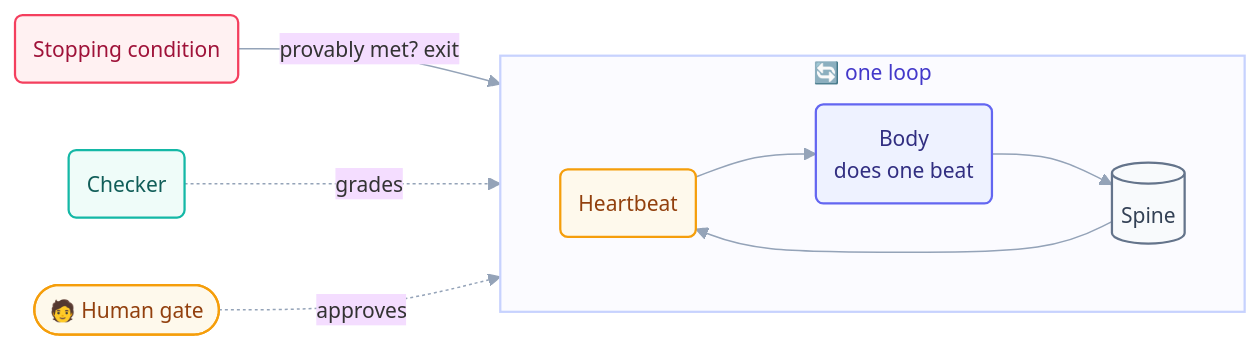
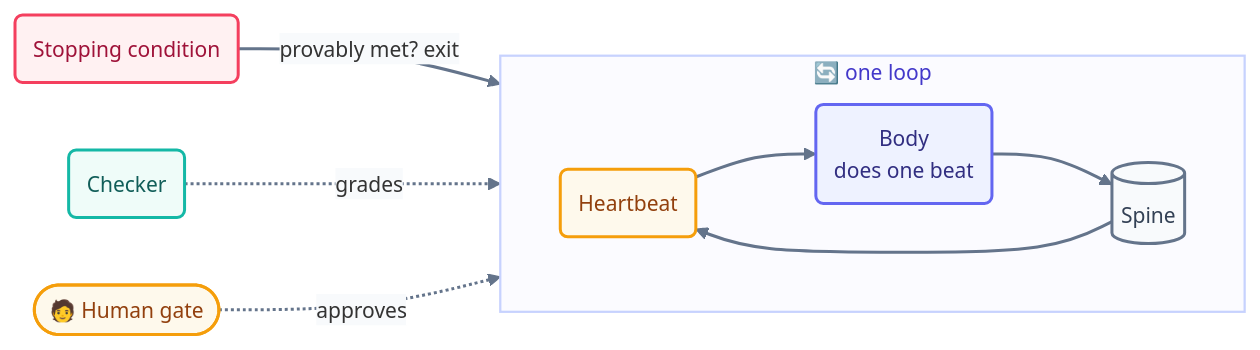
One commit to ayeshakhalid192007-dev/LoopEngineering-CrashCourse changed the diagram in docs/03-part-1-the-shift/03-anatomy-of-a-loop.md. Above: the diagram before and after it, drawn with Mermaid. The commit also changed 66 other files, not shown here.

First line of the commit message:
docs(diagrams): bolden and unify all 70 mermaid diagrams

````diff
--- a/docs/03-part-1-the-shift/03-anatomy-of-a-loop.md
+++ b/docs/03-part-1-the-shift/03-anatomy-of-a-loop.md
@@ -35,19 +35,20 @@
 ```mermaid
-%%{init: {'theme':'base','themeVariables':{'fontFamily':'ui-sans-serif, system-ui, sans-serif','fontSize':'14px','lineColor':'#94a3b8'},'flowchart':{'curve':'basis','nodeSpacing':45,'rankSpacing':55,'padding':12}}}%%
+%%{init: {'theme':'base','themeVariables':{'fontFamily':'ui-sans-serif, system-ui, sans-serif','fontSize':'14px','lineColor':'#64748b','edgeLabelBackground':'#f8fafc'},'flowchart':{'curve':'basis','nodeSpacing':45,'rankSpacing':55,'padding':12}}}%%
 flowchart LR
     subgraph LOOP ["🔄 one loop"]
       direction LR
       HB("Heartbeat"):::time --> B("Body<br/>does one beat"):::beat
       B --> SP[("Spine")]:::file --> HB
     end
     STOPC("Stopping condition"):::limit -->|"provably met? exit"| HB
     CK("Checker"):::check -.->|grades| B
     H(["🧑 Human gate"]):::human -.->|approves| LOOP
-    classDef time fill:#fef9ec,stroke:#f59e0b,stroke-width:1.5px,color:#92400e;
-    classDef beat fill:#eef2ff,stroke:#6366f1,stroke-width:1.5px,color:#312e81;
-    classDef file fill:#f8fafc,stroke:#64748b,stroke-width:1.5px,color:#334155;
-    classDef limit fill:#fff1f2,stroke:#f43f5e,stroke-width:1.5px,color:#9f1239;
-    classDef check fill:#effcf9,stroke:#14b8a6,stroke-width:1.5px,color:#115e59;
-    classDef human fill:#fef9ec,stroke:#f59e0b,stroke-width:1.5px,color:#92400e;
+    linkStyle default stroke:#64748b,stroke-width:2px;
+    classDef time fill:#fef9ec,stroke:#f59e0b,stroke-width:2px,color:#92400e;
+    classDef beat fill:#eef2ff,stroke:#6366f1,stroke-width:2px,color:#312e81;
+    classDef file fill:#f8fafc,stroke:#64748b,stroke-width:2px,color:#334155;
+    classDef limit fill:#fff1f2,stroke:#f43f5e,stroke-width:2px,color:#9f1239;
+    classDef check fill:#effcf9,stroke:#14b8a6,stroke-width:2px,color:#115e59;
+    classDef human fill:#fef9ec,stroke:#f59e0b,stroke-width:2px,color:#92400e;
     style LOOP fill:#fbfbff,stroke:#c7d2fe,stroke-width:1.5px,color:#4338ca;
 ```
````
